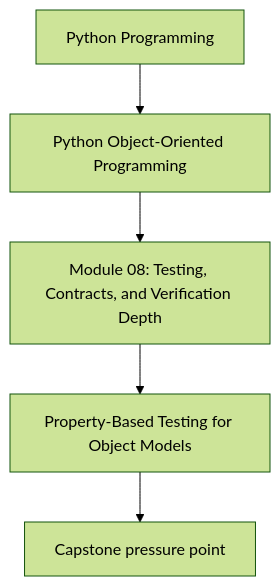
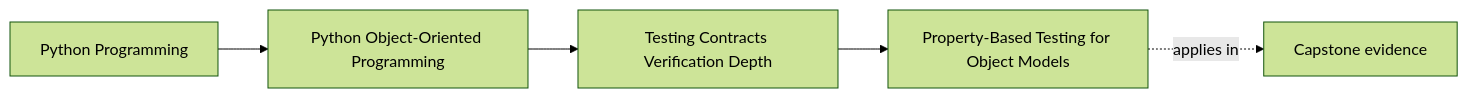
Before and after one commit to bijux/bijux-masterclass: the first of 2 diagrams in programs/python-programming/python-object-oriented-programming/course-book/module-08-testing-contracts-verification-depth/property-based-testing-for-object-models.md, drawn with Mermaid (forest theme). The commit also changed other lines of this file and 103 other files, not shown here.

Commit message:
docs(python-object-oriented-programming): map sustainment and capstone surfaces

````diff
--- a/programs/python-programming/python-object-oriented-programming/course-book/module-08-testing-contracts-verification-depth/property-based-testing-for-object-models.md
+++ b/programs/python-programming/python-object-oriented-programming/course-book/module-08-testing-contracts-verification-depth/property-based-testing-for-object-models.md
@@ -7,7 +7,11 @@
 ```mermaid
-flowchart TD
-  family["Python Programming"] --> program["Python Object-Oriented Programming"]
-  program --> module["Module 08: Testing, Contracts, and Verification Depth"]
-  module --> concept["Property-Based Testing for Object Models"]
-  concept --> capstone["Capstone pressure point"]
+graph LR
+  family["Python Programming"]
+  program["Python Object-Oriented Programming"]
+  section["Testing Contracts Verification Depth"]
+  page["Property-Based Testing for Object Models"]
+  capstone["Capstone evidence"]
+
+  family --> program --> section --> page
+  page -.applies in.-> capstone
 ```
````
